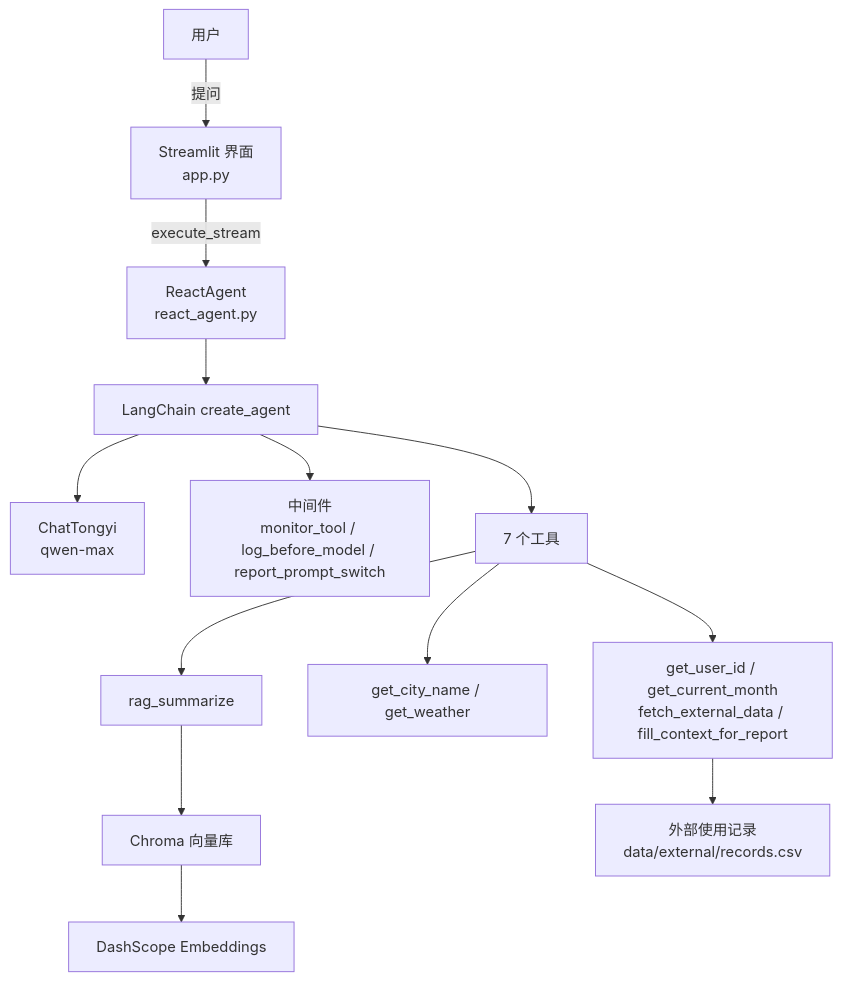
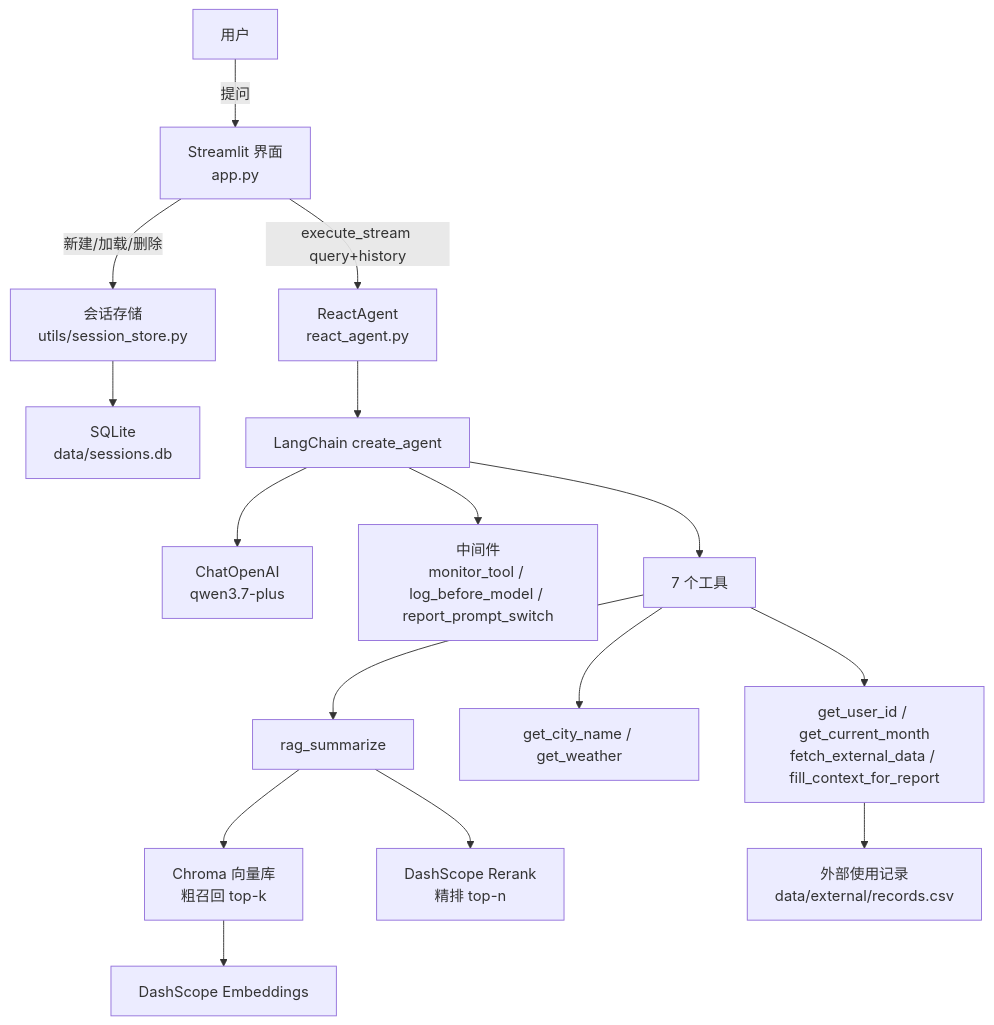
The first of 2 diagrams in README.md (MackMeng/robot-vacuum-customer-service), drawn with Mermaid before and after one commit. The commit also changed other lines of this file and 22 other files, not shown here.

First line of the commit message:
Upgrade to Qwen3.7 models, add rerank + offline evals, session persistence

````diff
--- a/README.md
+++ b/README.md
@@ -31,15 +33,18 @@
 ```mermaid
 flowchart TD
     User[用户] -->|提问| UI["Streamlit 界面<br/>app.py"]
-    UI -->|execute_stream| Agent["ReactAgent<br/>react_agent.py"]
+    UI -->|execute_stream query+history| Agent["ReactAgent<br/>react_agent.py"]
+    UI -->|新建/加载/删除| Store["会话存储<br/>utils/session_store.py"]
+    Store --> DB["SQLite<br/>data/sessions.db"]
     Agent --> Core["LangChain create_agent"]
-    Core --> Model["ChatTongyi<br/>qwen-max"]
+    Core --> Model["ChatOpenAI<br/>qwen3.7-plus"]
     Core --> MW["中间件<br/>monitor_tool / log_before_model / report_prompt_switch"]
     Core --> Tools["7 个工具"]
     Tools --> RAG["rag_summarize"]
     Tools --> Env["get_city_name / get_weather"]
     Tools --> Rep["get_user_id / get_current_month<br/>fetch_external_data / fill_context_for_report"]
-    RAG --> VS["Chroma 向量库"]
+    RAG --> VS["Chroma 向量库<br/>粗召回 top-k"]
+    RAG --> RR["DashScope Rerank<br/>精排 top-n"]
     VS --> Emb["DashScope Embeddings"]
     Rep --> CSV["外部使用记录<br/>data/external/records.csv"]
 ```
````
